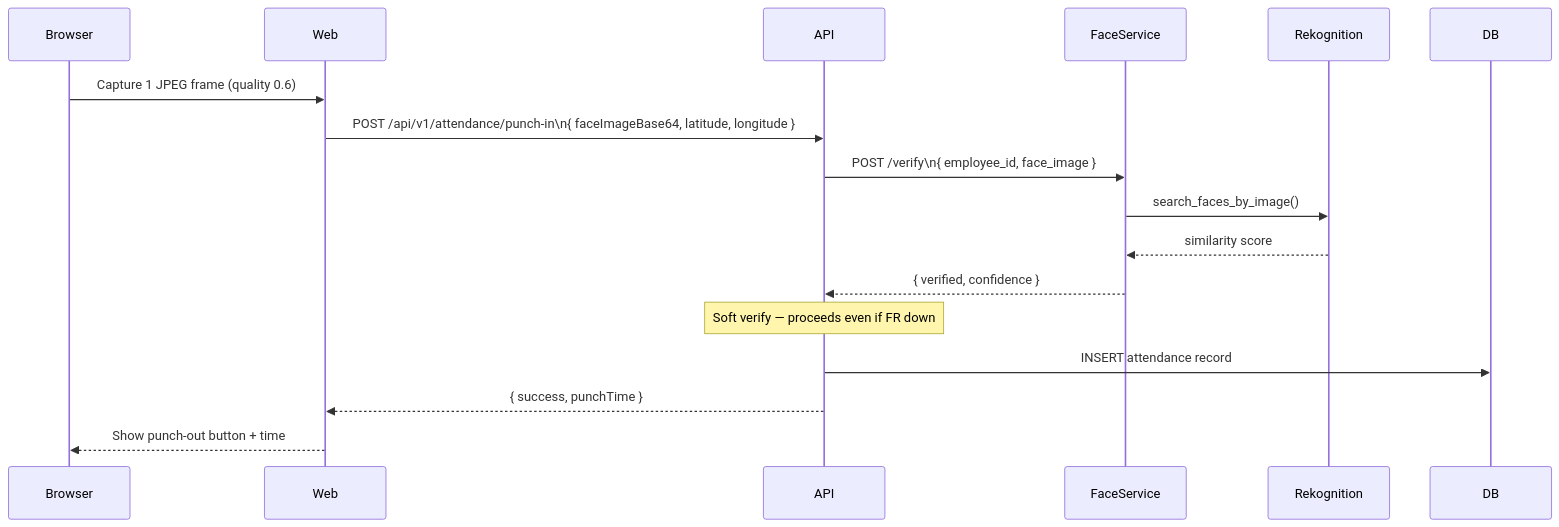
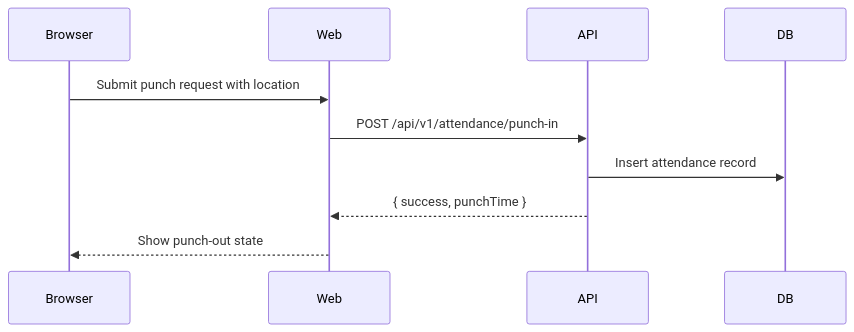
The third of 3 diagrams in docs/NexGen EMS - Architecture.md (Praverse-Tech-Pvt-Ltd/ems), drawn with Mermaid before and after one commit. The commit also changed other lines of this file and 19 other files, not shown here.

````diff
--- a/docs/NexGen EMS - Architecture.md
+++ b/docs/NexGen EMS - Architecture.md
@@ -83,13 +71,8 @@
 ```mermaid
 sequenceDiagram
-    Browser->>Web: Capture 1 JPEG frame (quality 0.6)
-    Web->>API: POST /api/v1/attendance/punch-in\n{ faceImageBase64, latitude, longitude }
-    API->>FaceService: POST /verify\n{ employee_id, face_image }
-    FaceService->>Rekognition: search_faces_by_image()
-    Rekognition-->>FaceService: similarity score
-    FaceService-->>API: { verified, confidence }
-    Note over API: Soft verify — proceeds even if FR down
-    API->>DB: INSERT attendance record
+    Browser->>Web: Submit punch request with location
+    Web->>API: POST /api/v1/attendance/punch-in
+    API->>DB: Insert attendance record
     API-->>Web: { success, punchTime }
-    Web-->>Browser: Show punch-out button + time
+    Web-->>Browser: Show punch-out state
 ```
````
